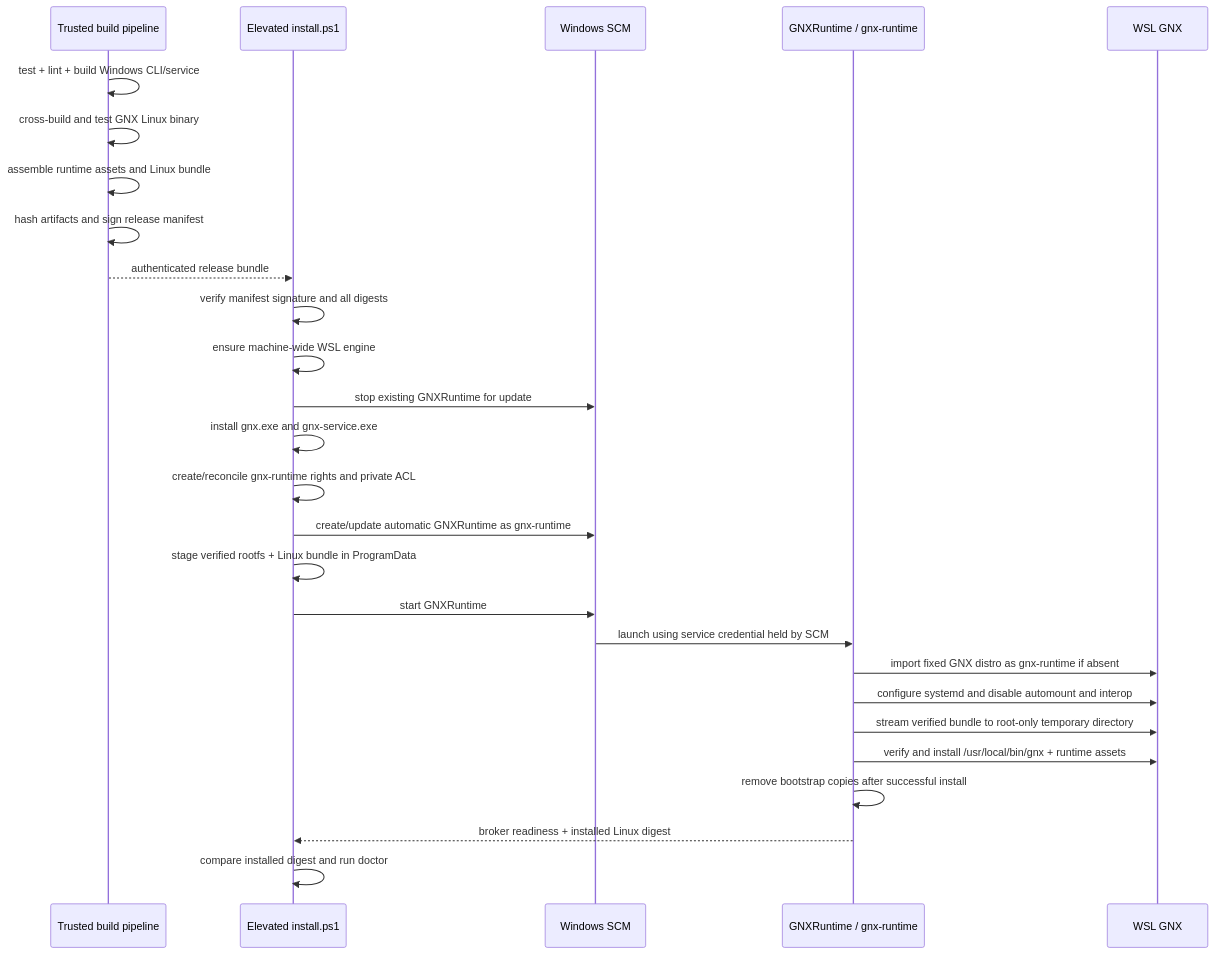
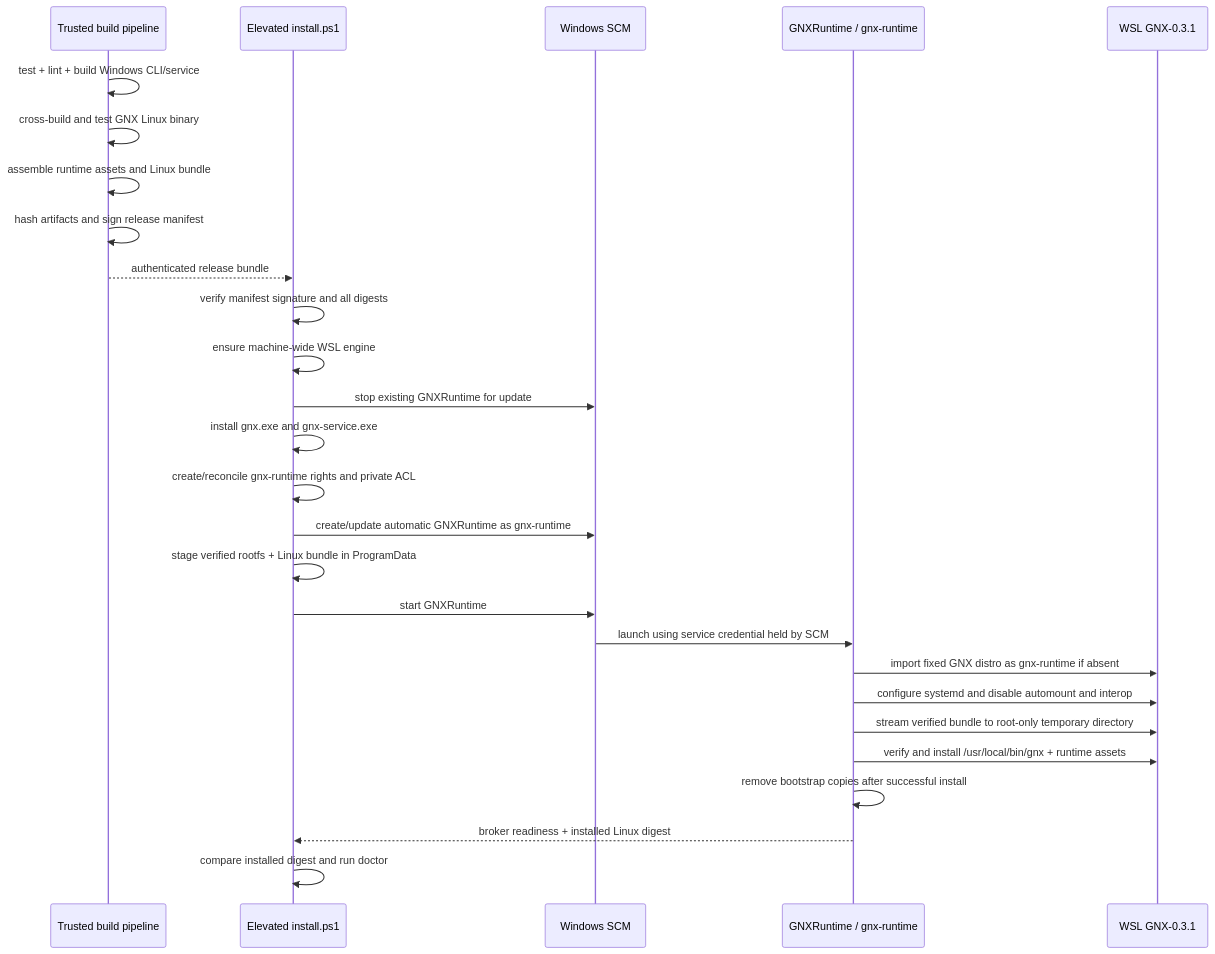
One commit to mayas-alas/quetzalcoatl changed the second of 3 diagrams in docs/windows-runtime.md. Above: the diagram before and after it, drawn with Mermaid. The commit also changed other lines of this file and 14 other files, not shown here.

````diff
--- a/docs/windows-runtime.md
+++ b/docs/windows-runtime.md
@@ -83,32 +83,32 @@
 ```mermaid
 sequenceDiagram
     participant CI as Trusted build pipeline
     participant I as Elevated install.ps1
     participant SCM as Windows SCM
     participant S as GNXRuntime / gnx-runtime
-    participant W as WSL GNX
+    participant W as WSL GNX-0.3.1
 
     CI->>CI: test + lint + build Windows CLI/service
     CI->>CI: cross-build and test GNX Linux binary
     CI->>CI: assemble runtime assets and Linux bundle
     CI->>CI: hash artifacts and sign release manifest
     CI-->>I: authenticated release bundle
 
     I->>I: verify manifest signature and all digests
     I->>I: ensure machine-wide WSL engine
     I->>SCM: stop existing GNXRuntime for update
     I->>I: install gnx.exe and gnx-service.exe
     I->>I: create/reconcile gnx-runtime rights and private ACL
     I->>SCM: create/update automatic GNXRuntime as gnx-runtime
     I->>I: stage verified rootfs + Linux bundle in ProgramData
     I->>SCM: start GNXRuntime
 
     SCM->>S: launch using service credential held by SCM
     S->>W: import fixed GNX distro as gnx-runtime if absent
     S->>W: configure systemd and disable automount and interop
     S->>W: stream verified bundle to root-only temporary directory
     S->>W: verify and install /usr/local/bin/gnx + runtime assets
     S->>S: remove bootstrap copies after successful install
     S-->>I: broker readiness + installed Linux digest
     I->>I: compare installed digest and run doctor
 ```
````
